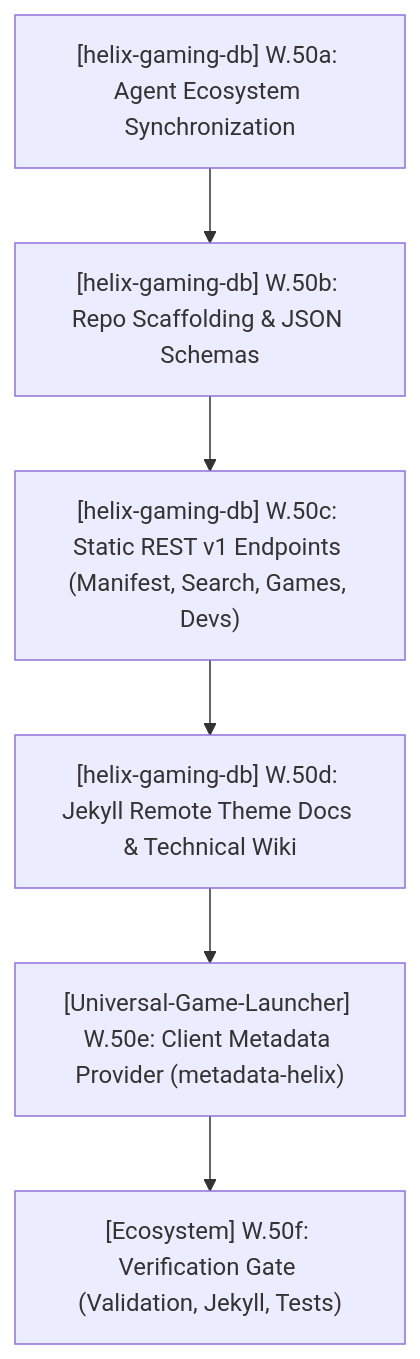
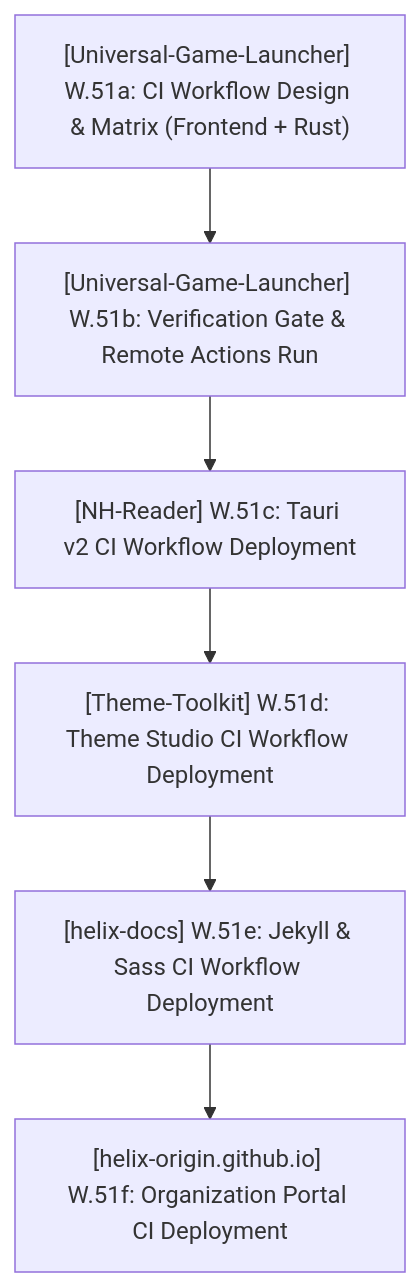
Before and after one commit to HELIX-Origin/agents: the diagram in PLAN.md, drawn with Mermaid. The commit also changed other lines of this file and 4 other files, not shown here.

Commit message:
feat(standards): add Tauri v2 CI workflow template, update ledgers for Sprint 28

````diff
--- a/PLAN.md
+++ b/PLAN.md
@@ -27,8 +27,8 @@
 ```mermaid
 flowchart TD
-    S27_1["[helix-gaming-db] W.50a: Agent Ecosystem Synchronization"] --> S27_2["[helix-gaming-db] W.50b: Repo Scaffolding & JSON Schemas"]
-    S27_2 --> S27_3["[helix-gaming-db] W.50c: Static REST v1 Endpoints (Manifest, Search, Games, Devs)"]
-    S27_3 --> S27_4["[helix-gaming-db] W.50d: Jekyll Remote Theme Docs & Technical Wiki"]
-    S27_4 --> S27_5["[Universal-Game-Launcher] W.50e: Client Metadata Provider (metadata-helix)"]
-    S27_5 --> S27_6["[Ecosystem] W.50f: Verification Gate (Validation, Jekyll, Tests)"]
+    S28_1["[Universal-Game-Launcher] W.51a: CI Workflow Design & Matrix (Frontend + Rust)"] --> S28_2["[Universal-Game-Launcher] W.51b: Verification Gate & Remote Actions Run"]
+    S28_2 --> S28_3["[NH-Reader] W.51c: Tauri v2 CI Workflow Deployment"]
+    S28_3 --> S28_4["[Theme-Toolkit] W.51d: Theme Studio CI Workflow Deployment"]
+    S28_4 --> S28_5["[helix-docs] W.51e: Jekyll & Sass CI Workflow Deployment"]
+    S28_5 --> S28_6["[helix-origin.github.io] W.51f: Organization Portal CI Deployment"]
 ```
````
